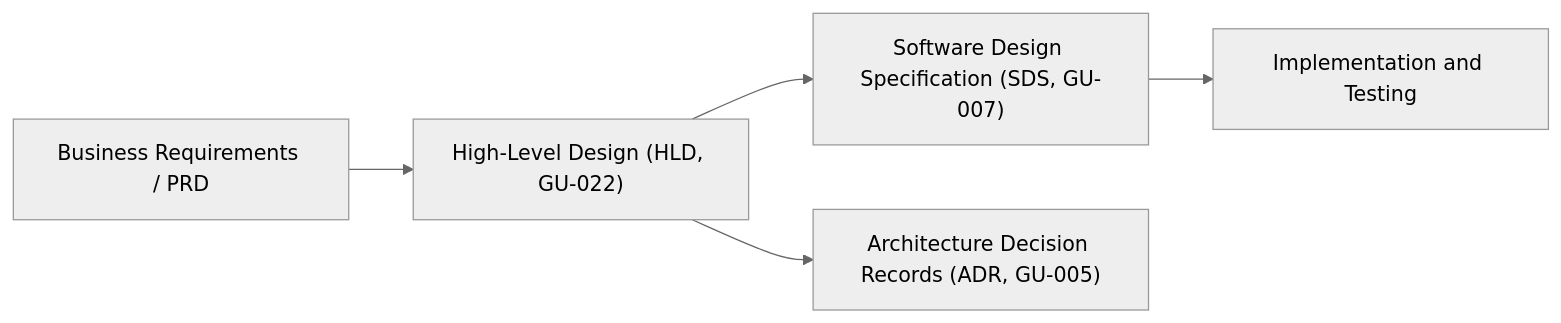
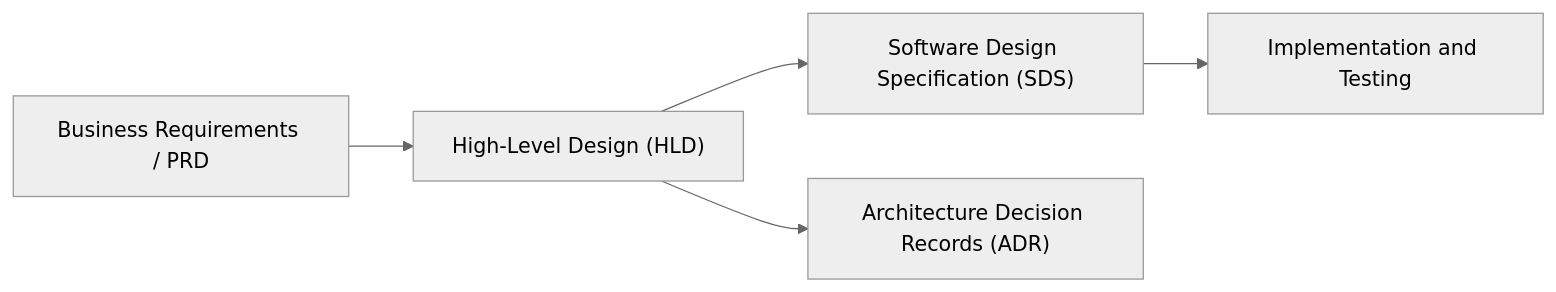
One commit to markbac/markbac.github.io changed the diagram in content/guides/high-level-design.md. Above: the diagram before and after it, drawn with Mermaid (neutral theme). The commit also changed other lines of this file and 21 other files, not shown here.

First line of the commit message:
Handbook: move in technical-documentation's architecture handbook, and publish the section

````diff
--- a/content/guides/high-level-design.md
+++ b/content/guides/high-level-design.md
@@ -13,7 +13,7 @@
 ```mermaid
 flowchart LR
-    A["Business Requirements / PRD"] --> B["High-Level Design (HLD, GU-022)"]
-    B --> C["Software Design Specification (SDS, GU-007)"]
-    B --> D["Architecture Decision Records (ADR, GU-005)"]
+    A["Business Requirements / PRD"] --> B["High-Level Design (HLD)"]
+    B --> C["Software Design Specification (SDS)"]
+    B --> D["Architecture Decision Records (ADR)"]
     C --> E["Implementation and Testing"]
 ```
````
